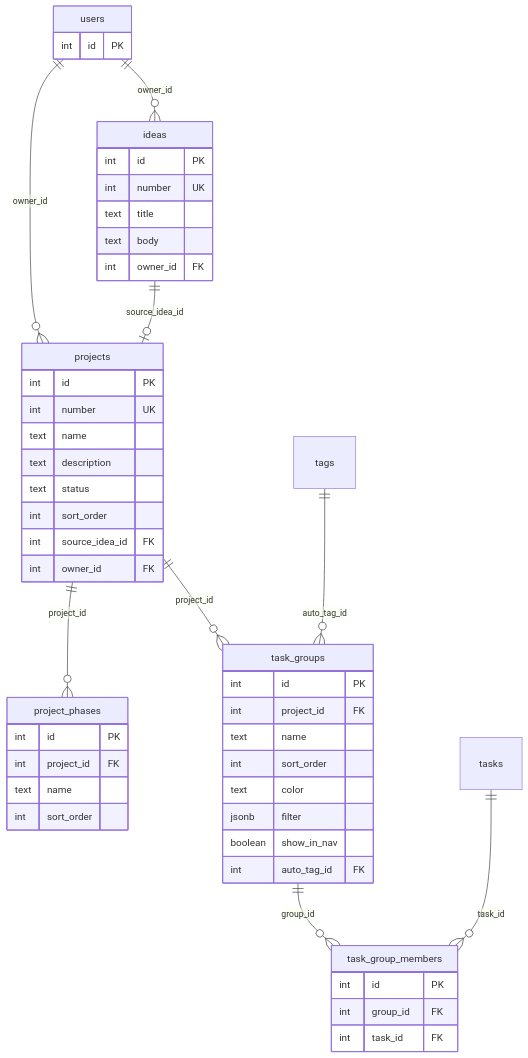
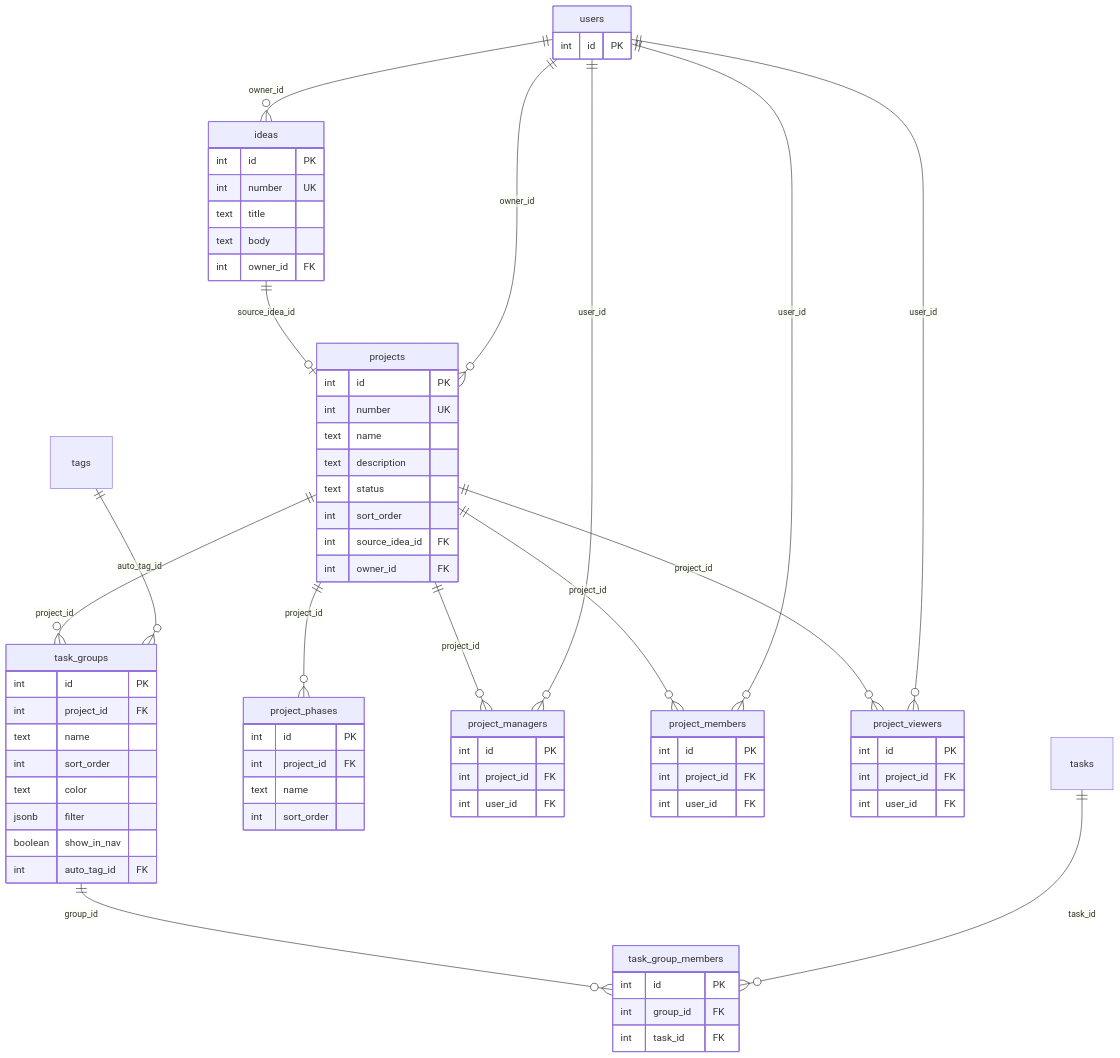
The diagram in docs/database/projects-and-ideas.md (blackrook-io/taskmesh), drawn with Mermaid before and after one commit. The commit also changed other lines of this file and 22 other files, not shown here.

First line of the commit message:
Add project user role lists and Admin-only Settings (T0127, v0.36.0).

````diff
--- a/docs/database/projects-and-ideas.md
+++ b/docs/database/projects-and-ideas.md
@@ -9,52 +9,73 @@
 ```mermaid
 erDiagram
   ideas ||--o| projects : "source_idea_id"
   projects ||--o{ task_groups : "project_id"
   projects ||--o{ project_phases : "project_id"
+  projects ||--o{ project_managers : "project_id"
+  projects ||--o{ project_members : "project_id"
+  projects ||--o{ project_viewers : "project_id"
   tags ||--o{ task_groups : "auto_tag_id"
   task_groups ||--o{ task_group_members : "group_id"
   tasks ||--o{ task_group_members : "task_id"
   users ||--o{ ideas : "owner_id"
   users ||--o{ projects : "owner_id"
+  users ||--o{ project_managers : "user_id"
+  users ||--o{ project_members : "user_id"
+  users ||--o{ project_viewers : "user_id"
   ideas {
     int id PK
     int number UK
     text title
     text body
     int owner_id FK
   }
   projects {
     int id PK
     int number UK
     text name
     text description
     text status
     int sort_order
     int source_idea_id FK
     int owner_id FK
+  }
+  project_managers {
+    int id PK
+    int project_id FK
+    int user_id FK
+  }
+  project_members {
+    int id PK
+    int project_id FK
+    int user_id FK
+  }
+  project_viewers {
+    int id PK
+    int project_id FK
+    int user_id FK
   }
   task_groups {
     int id PK
     int project_id FK
     text name
     int sort_order
     text color
     jsonb filter
     boolean show_in_nav
     int auto_tag_id FK
   }
   task_group_members {
     int id PK
     int group_id FK
     int task_id FK
   }
   project_phases {
     int id PK
     int project_id FK
     text name
     int sort_order
   }
   users {
     int id PK
   }
 ```
````
